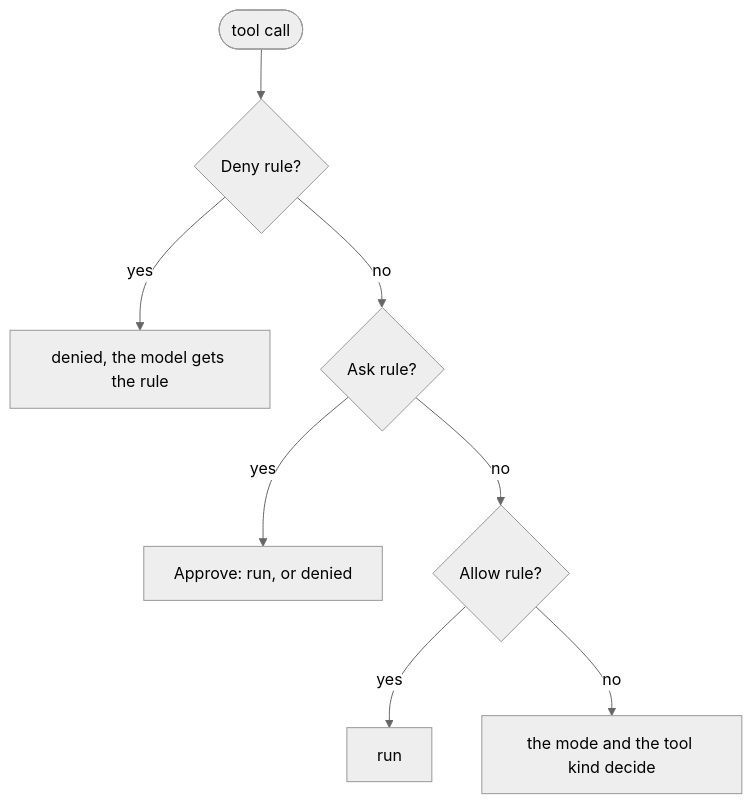
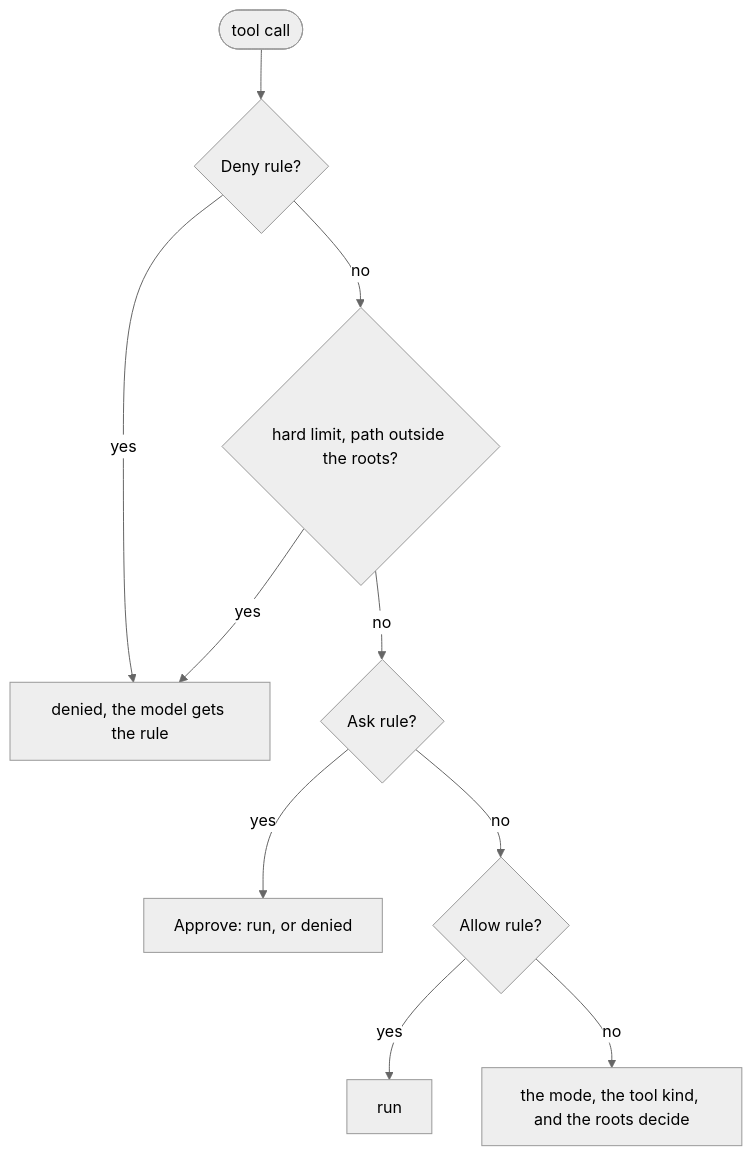
One commit to sonnes/gopi changed the diagram in docs/concepts/harness/permission.md. Above: the diagram before and after it, drawn with Mermaid (neutral theme). The commit also changed other lines of this file and 9 other files, not shown here.

````diff
--- a/docs/concepts/harness/permission.md
+++ b/docs/concepts/harness/permission.md
@@ -15,12 +15,14 @@
 ```mermaid
 flowchart TD
   accTitle: The decision for one tool call
-  accDescr: A Deny rule denies the call. An Ask rule sends it to Approve. An Allow rule runs it. With no matching rule, the mode and the tool kind decide.
+  accDescr: A Deny rule denies the call. A hard limit denies a path outside the roots. An Ask rule sends it to Approve. An Allow rule runs it. With no matching rule, the mode, the tool kind, and the roots decide.
   call([tool call]) --> deny{Deny rule?}
   deny -- yes --> denied[denied, the model gets the rule]
-  deny -- no --> ask{Ask rule?}
+  deny -- no --> limit{hard limit, path outside the roots?}
+  limit -- yes --> denied
+  limit -- no --> ask{Ask rule?}
   ask -- yes --> approve[Approve: run, or denied]
   ask -- no --> allow{Allow rule?}
   allow -- yes --> run[run]
-  allow -- no --> mode[the mode and the tool kind decide]
+  allow -- no --> mode[the mode, the tool kind, and the roots decide]
 ```
````
